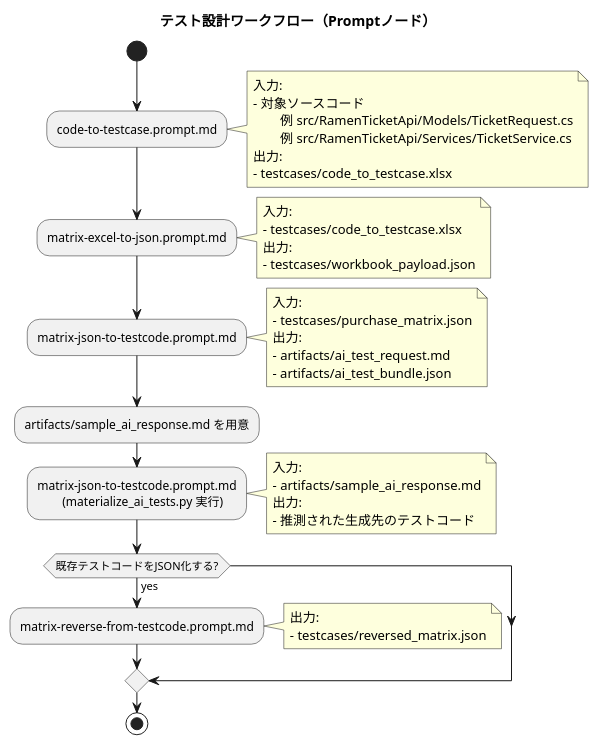
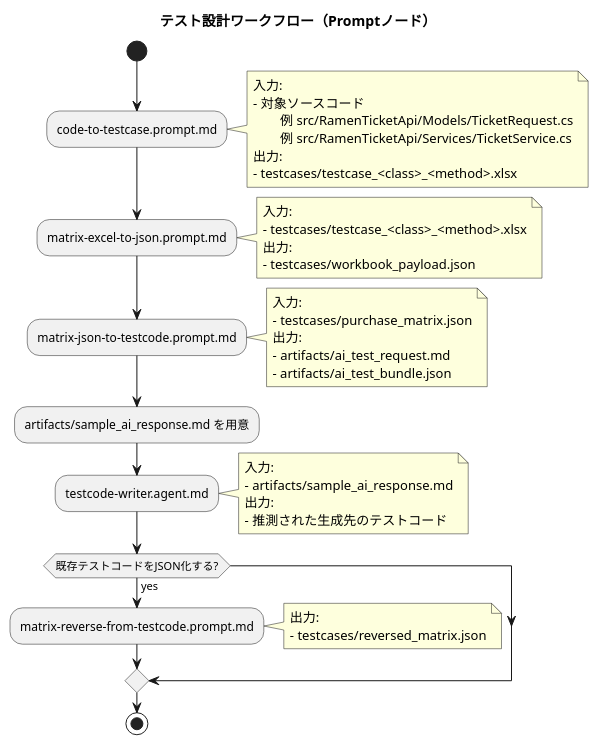
Before and after one commit to souri-t/matrix-driven-test-automation: the diagram in README.md, drawn with PlantUML. The commit also changed other lines of this file and 7 other files, not shown here.

````diff
--- a/README.md
+++ b/README.md
@@ -72,55 +79,54 @@
 ```plantuml
 @startuml
 title テスト設計ワークフロー（Promptノード）
 
 start
 
 :code-to-testcase.prompt.md;
 note right
 入力:
 - 対象ソースコード
 	例 src/RamenTicketApi/Models/TicketRequest.cs
 	例 src/RamenTicketApi/Services/TicketService.cs
 出力:
-- testcases/code_to_testcase.xlsx
+- testcases/testcase_<class>_<method>.xlsx
 end note
 
 :matrix-excel-to-json.prompt.md;
 note right
 入力:
-- testcases/code_to_testcase.xlsx
+- testcases/testcase_<class>_<method>.xlsx
 出力:
 - testcases/workbook_payload.json
 end note
 
 :matrix-json-to-testcode.prompt.md;
 note right
 入力:
 - testcases/purchase_matrix.json
 出力:
 - artifacts/ai_test_request.md
 - artifacts/ai_test_bundle.json
 end note
 
 :artifacts/sample_ai_response.md を用意;
 
-:matrix-json-to-testcode.prompt.md
-	(materialize_ai_tests.py 実行);
+:testcode-writer.agent.md;
 note right
 入力:
 - artifacts/sample_ai_response.md
 出力:
 - 推測された生成先のテストコード
 end note
 
 if (既存テストコードをJSON化する?) then (yes)
 	:matrix-reverse-from-testcode.prompt.md;
 	note right
 	出力:
 	- testcases/reversed_matrix.json
 	end note
 endif
 
 stop
 @enduml
 ```
````
